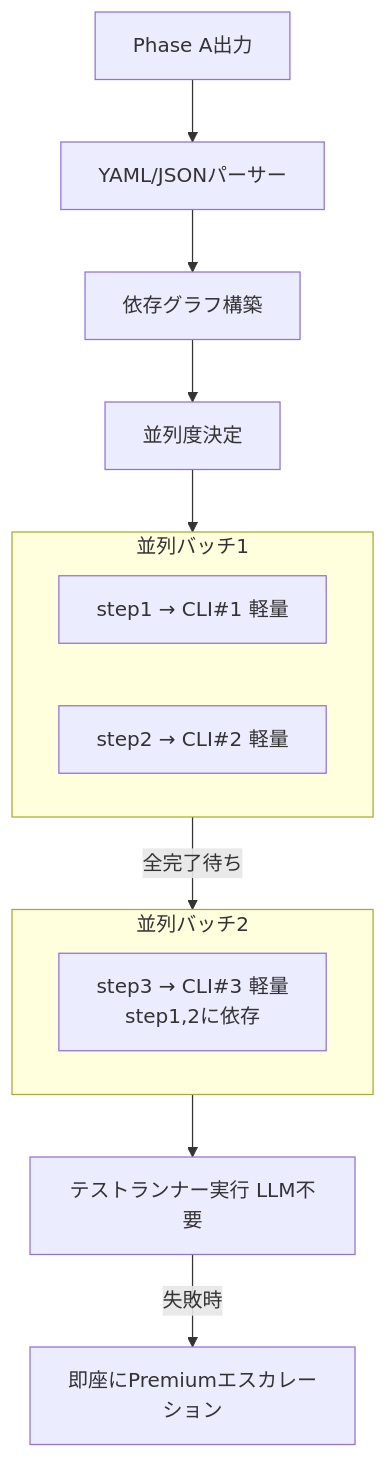
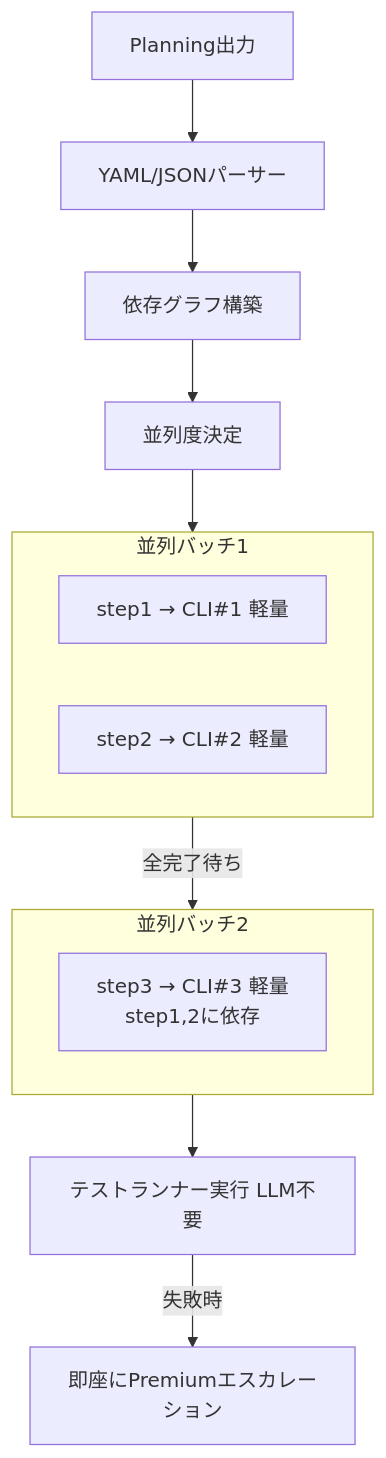
Before and after one commit to nqounet/deba: the second of 4 diagrams in docs/plans/005_llm_usage_plan_v2.md, drawn with Mermaid. The commit also changed other lines of this file and 23 other files, not shown here.

````diff
--- a/docs/plans/005_llm_usage_plan_v2.md
+++ b/docs/plans/005_llm_usage_plan_v2.md
@@ -316,20 +316,20 @@
 ```mermaid
 flowchart TD
-    A[Phase A出力] --> B[YAML/JSONパーサー]
+    A[Planning出力] --> B[YAML/JSONパーサー]
     B --> C[依存グラフ構築]
     C --> D[並列度決定]
     
     D --> E[並列バッチ1]
     subgraph E [並列バッチ1]
         E1[step1 → CLI#1 軽量]
         E2[step2 → CLI#2 軽量]
     end
     
     E -->|全完了待ち| F[並列バッチ2]
     subgraph F [並列バッチ2]
         F1[step3 → CLI#3 軽量<br>step1,2に依存]
     end
     
     F --> G[テストランナー実行 LLM不要]
     G -- 失敗時 --> H[即座にPremiumエスカレーション]
 ```
````
